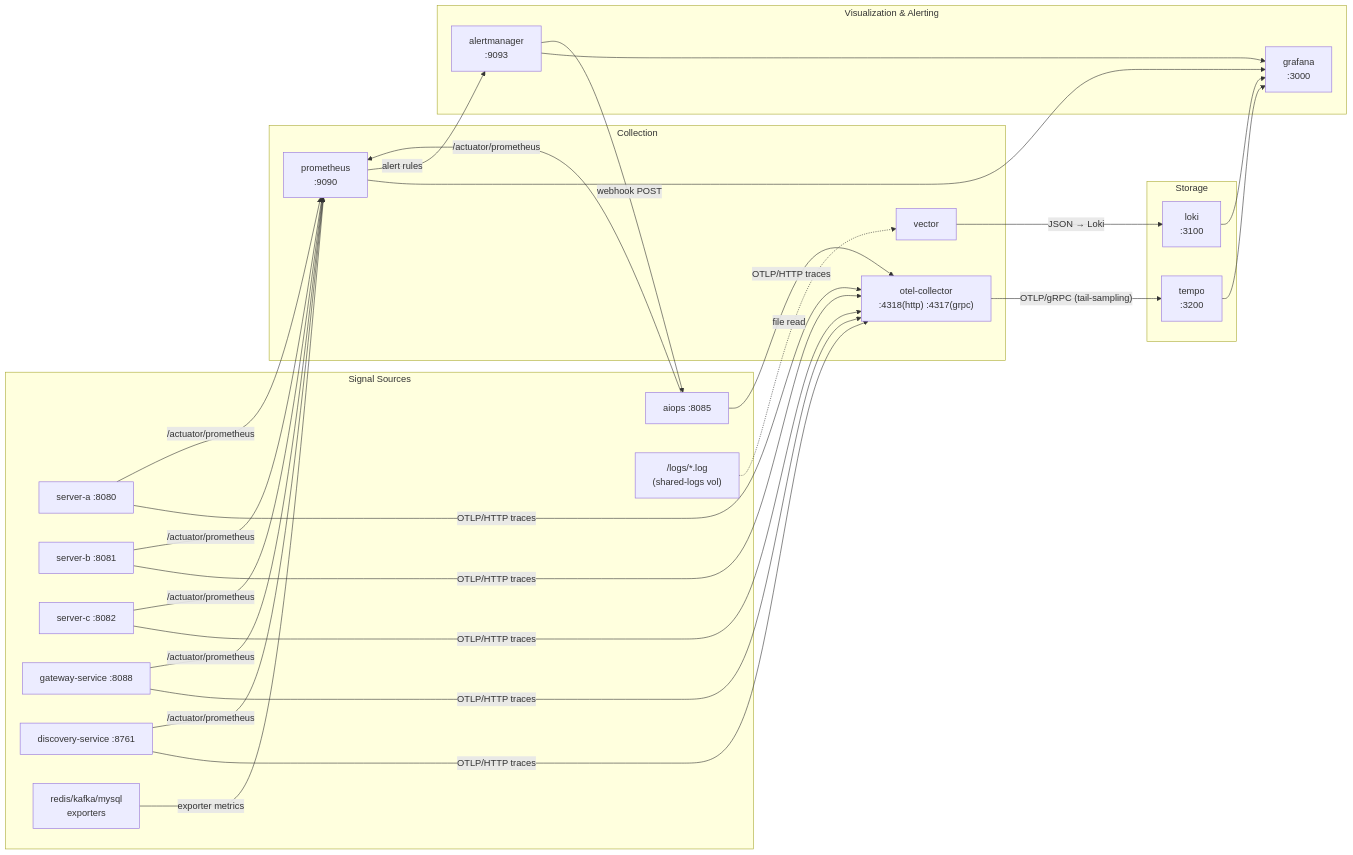
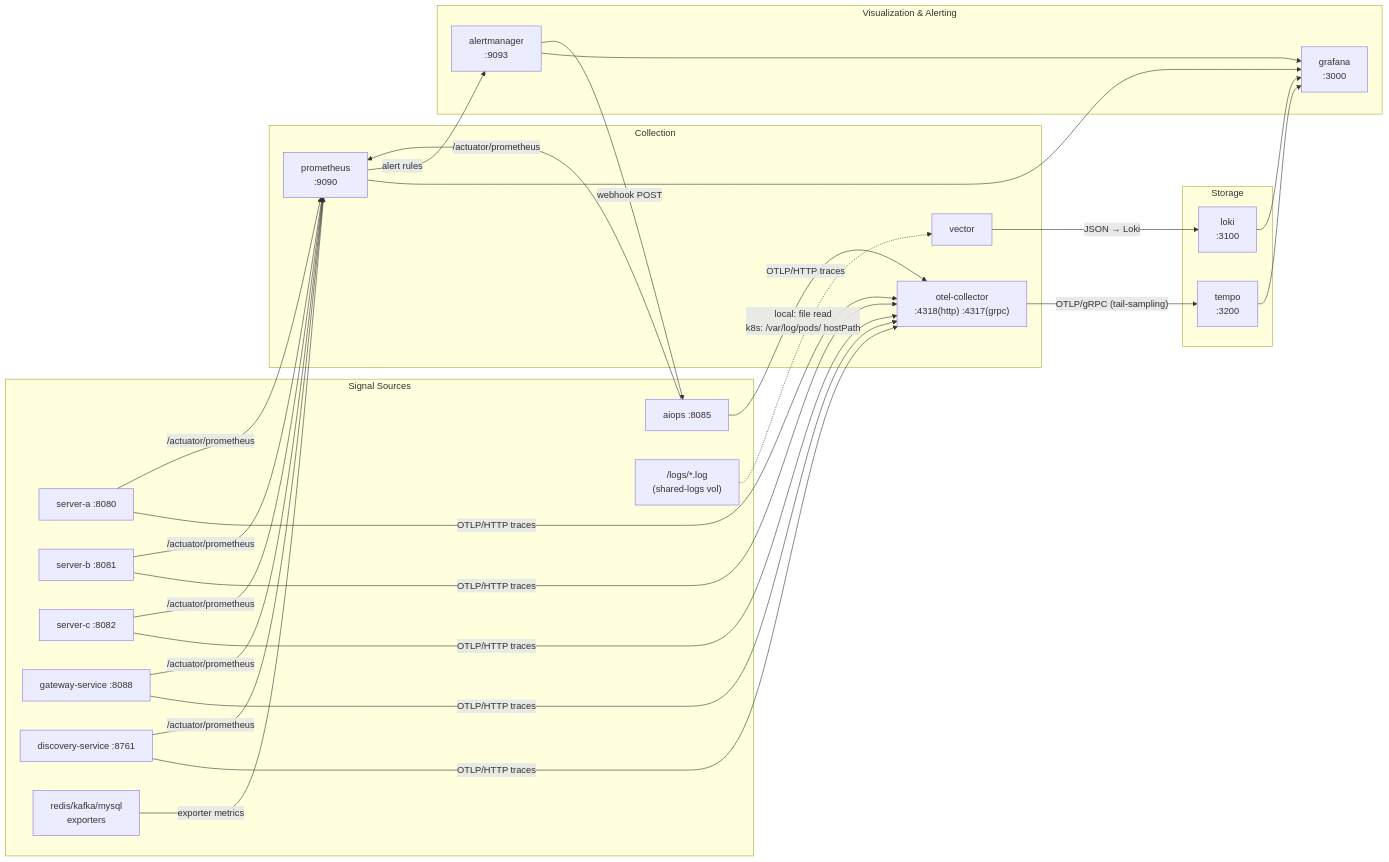
Before and after one commit to michi2012/goods-promotion-project: the third of 3 diagrams in docs/infra-diagram.md, drawn with Mermaid. The commit also changed other lines of this file and 2 other files, not shown here.

First line of the commit message:
docs: K8s/Helm 전환 내용 반영 (README, arch-snapshot, infra-diagram)

````diff
--- a/docs/infra-diagram.md
+++ b/docs/infra-diagram.md
@@ -75,51 +139,51 @@
 ```mermaid
 flowchart LR
     subgraph Src["Signal Sources"]
         SA["server-a :8080"]
         SB["server-b :8081"]
         SC["server-c :8082"]
         GW["gateway-service :8088"]
         DS["discovery-service :8761"]
         AIO["aiops :8085"]
         Logs["/logs/*.log\n(shared-logs vol)"]
         Infra["redis/kafka/mysql\nexporters"]
     end
 
     subgraph Collect["Collection"]
         OTEL["otel-collector\n:4318(http) :4317(grpc)"]
         VEC["vector"]
         PROM["prometheus\n:9090"]
     end
 
     subgraph Store["Storage"]
         Tempo["tempo\n:3200"]
         Loki["loki\n:3100"]
     end
 
     subgraph Vis["Visualization & Alerting"]
         Grafana["grafana\n:3000"]
         AM["alertmanager\n:9093"]
     end
 
     %% Traces: 앱 → otel-collector → tempo
     SA & SB & SC & GW & DS & AIO -->|"OTLP/HTTP traces"| OTEL
     OTEL -->|"OTLP/gRPC (tail-sampling)"| Tempo
 
-    %% Logs: shared-logs → vector → loki
-    Logs -.->|"file read"| VEC
+    %% Logs: local=shared-logs 파일, k8s=stdout→/var/log/pods/ DaemonSet
+    Logs -.->|"local: file read\nk8s: /var/log/pods/ hostPath"| VEC
     VEC -->|"JSON → Loki"| Loki
 
     %% Metrics: prometheus scrape
     SA & SB & SC & GW & DS & AIO -->|"/actuator/prometheus"| PROM
     Infra -->|"exporter metrics"| PROM
 
     %% Grafana datasources
     PROM --> Grafana
     Tempo --> Grafana
     Loki --> Grafana
     AM --> Grafana
 
     %% Alerting
     PROM -->|"alert rules"| AM
     AM -->|"webhook POST"| AIO
 ```
````
